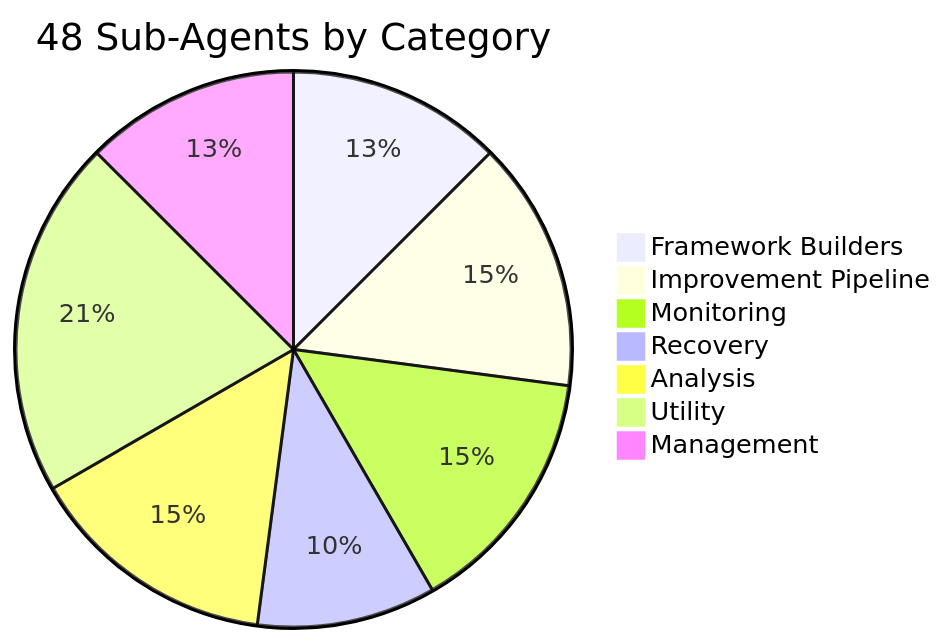
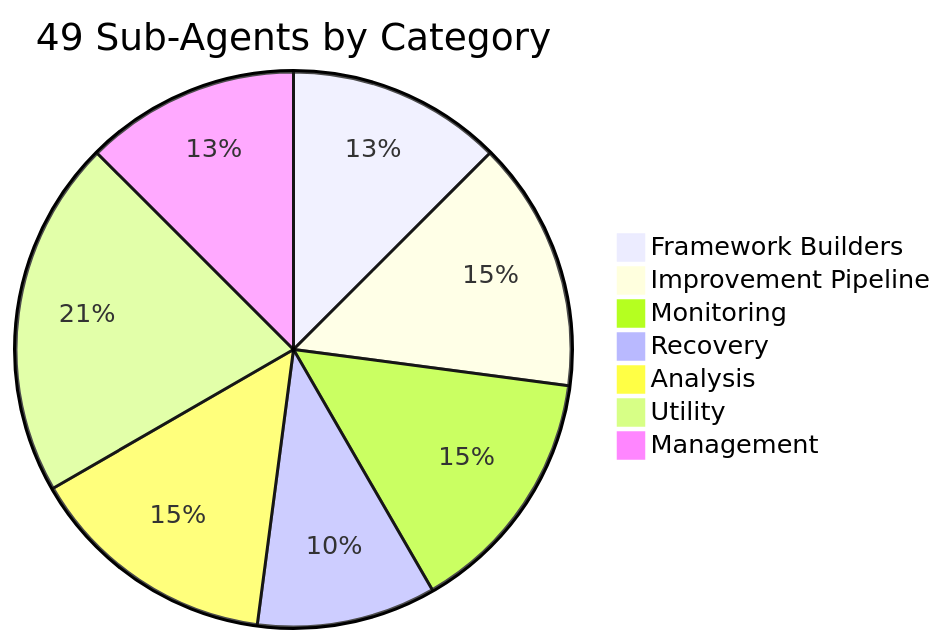
Before and after one commit to mczardybon/mas-engineer: the first of 4 diagrams in docs/agents.md, drawn with Mermaid. The commit also changed other lines of this file and 23 other files, not shown here.

````diff
--- a/docs/agents.md
+++ b/docs/agents.md
@@ -5,10 +5,10 @@
 ```mermaid
-pie title 48 Sub-Agents by Category
+pie title 49 Sub-Agents by Category
     "Framework Builders" : 6
     "Improvement Pipeline" : 7
     "Monitoring" : 7
     "Recovery" : 5
     "Analysis" : 7
     "Utility" : 10
     "Management" : 6
 ```
````
